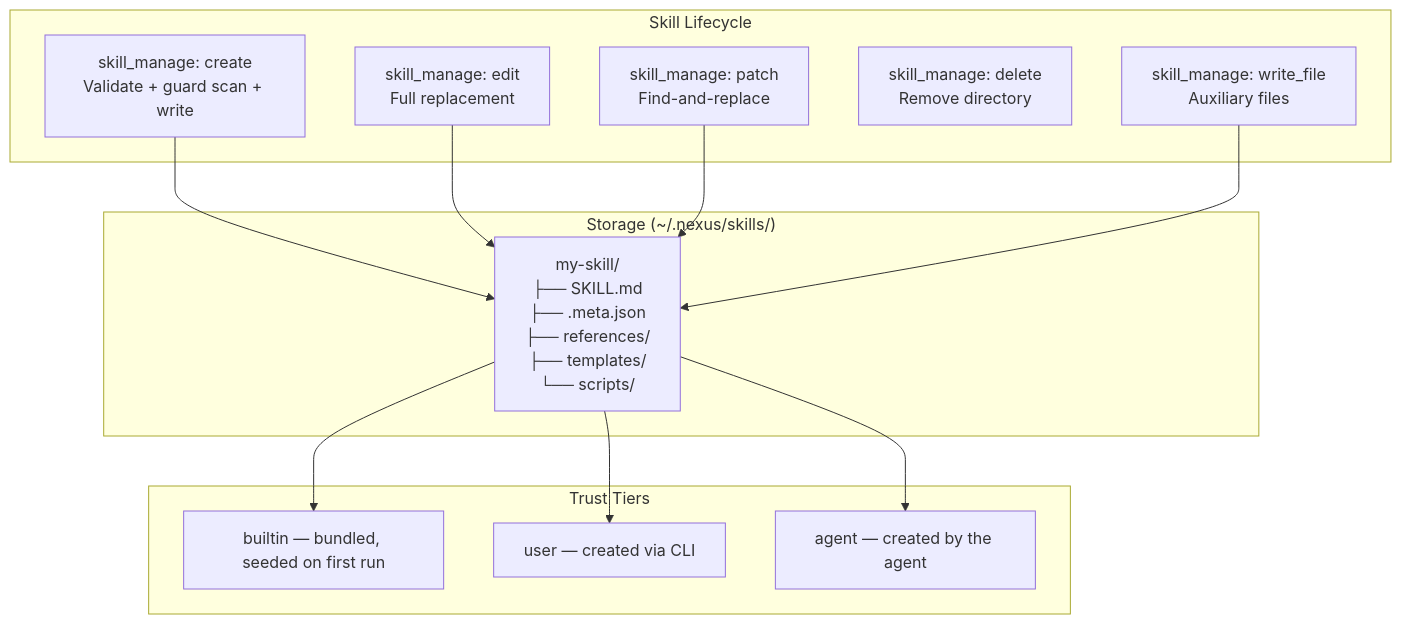
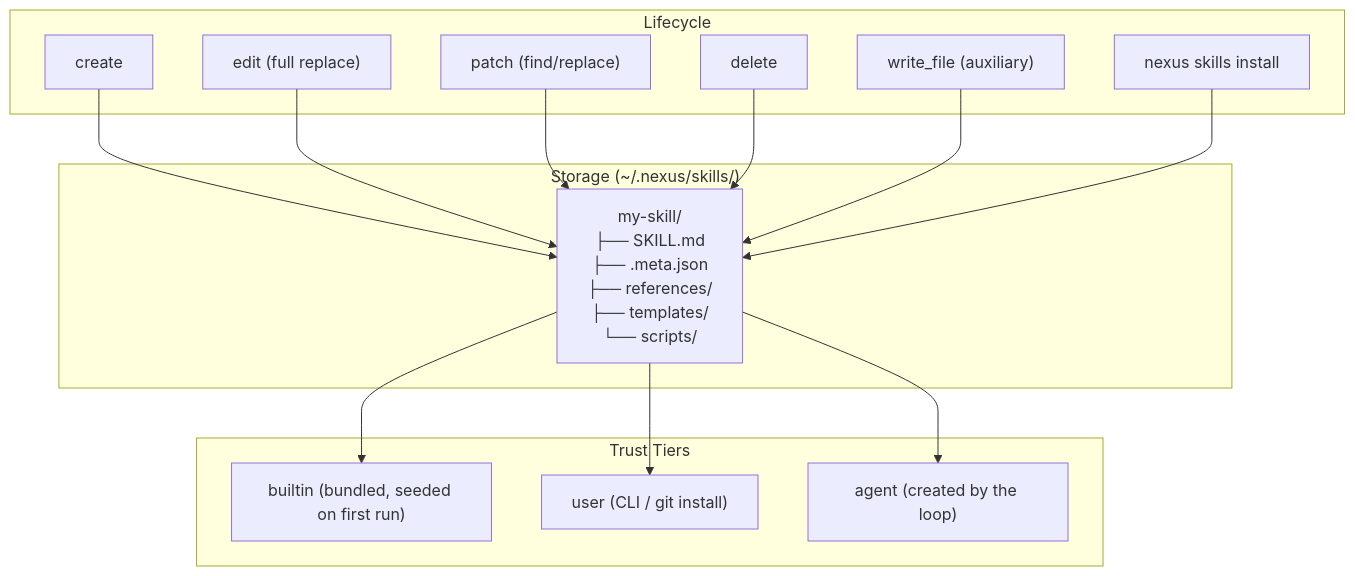
One commit to NinoCoelho/nexus changed the seventh of 11 diagrams in README.md. Above: the diagram before and after it, drawn with Mermaid. The commit also changed other lines of this file and 1 other file, not shown here.

````diff
--- a/README.md
+++ b/README.md
@@ -464,28 +433,24 @@
 ```mermaid
 graph TB
-    subgraph "Skill Lifecycle"
-        CREATE["skill_manage: create<br/>Validate + guard scan + write"]
-        EDIT["skill_manage: edit<br/>Full replacement"]
-        PATCH["skill_manage: patch<br/>Find-and-replace"]
-        DELETE["skill_manage: delete<br/>Remove directory"]
-        FILES["skill_manage: write_file<br/>Auxiliary files"]
+    subgraph "Lifecycle"
+        CREATE["create"]
+        EDIT["edit (full replace)"]
+        PATCH["patch (find/replace)"]
+        DELETE["delete"]
+        FILES["write_file (auxiliary)"]
+        INSTALL["nexus skills install <git-url>"]
     end
 
     subgraph "Storage (~/.nexus/skills/)"
         SKDIR["my-skill/<br/>├── SKILL.md<br/>├── .meta.json<br/>├── references/<br/>├── templates/<br/>└── scripts/"]
     end
 
     subgraph "Trust Tiers"
-        BUILTIN["builtin — bundled, seeded on first run"]
-        USER["user — created via CLI"]
-        AGENT["agent — created by the agent"]
+        BUILTIN["builtin (bundled, seeded on first run)"]
+        USER["user (CLI / git install)"]
+        AGENT["agent (created by the loop)"]
     end
 
-    CREATE --> SKDIR
-    EDIT --> SKDIR
-    PATCH --> SKDIR
-    FILES --> SKDIR
-    SKDIR --> BUILTIN
-    SKDIR --> USER
-    SKDIR --> AGENT
+    CREATE & EDIT & PATCH & DELETE & FILES & INSTALL --> SKDIR
+    SKDIR --> BUILTIN & USER & AGENT
 ```
````
